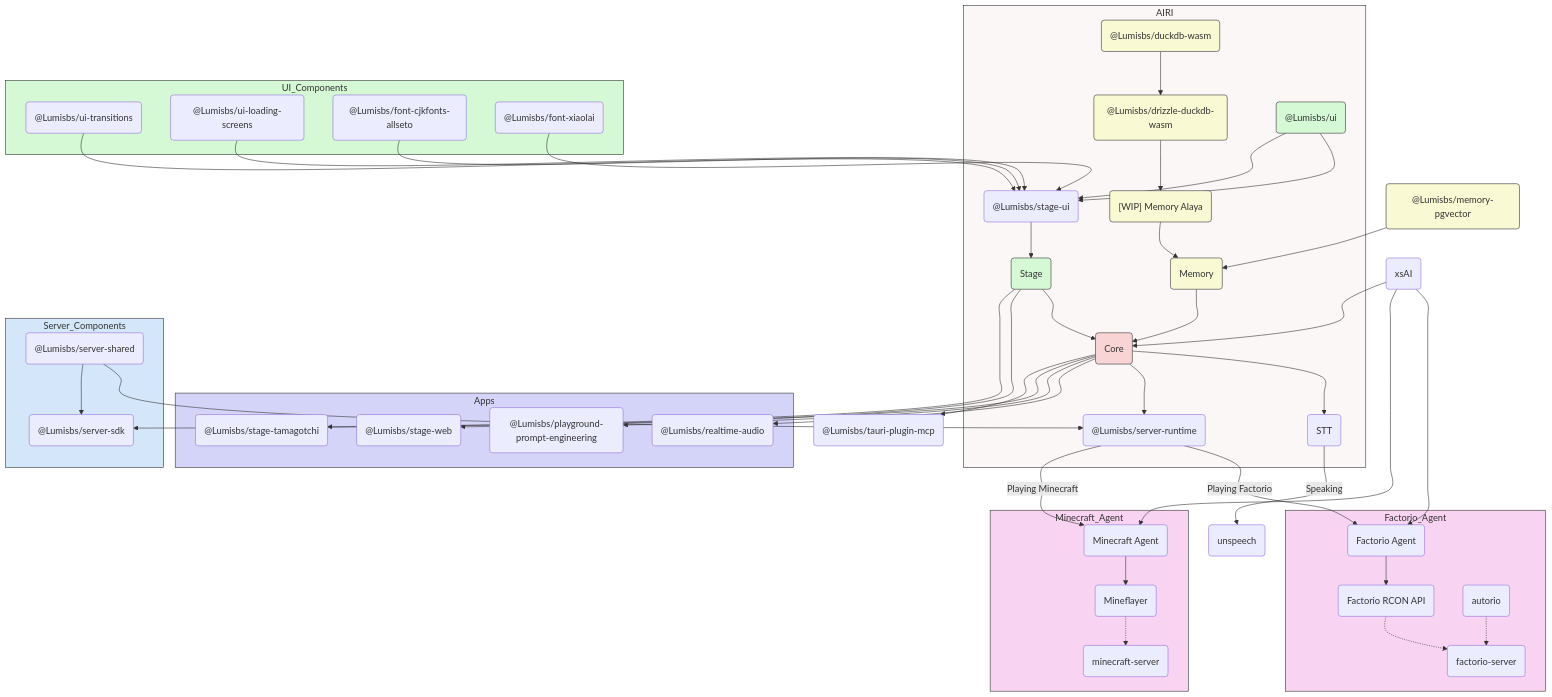
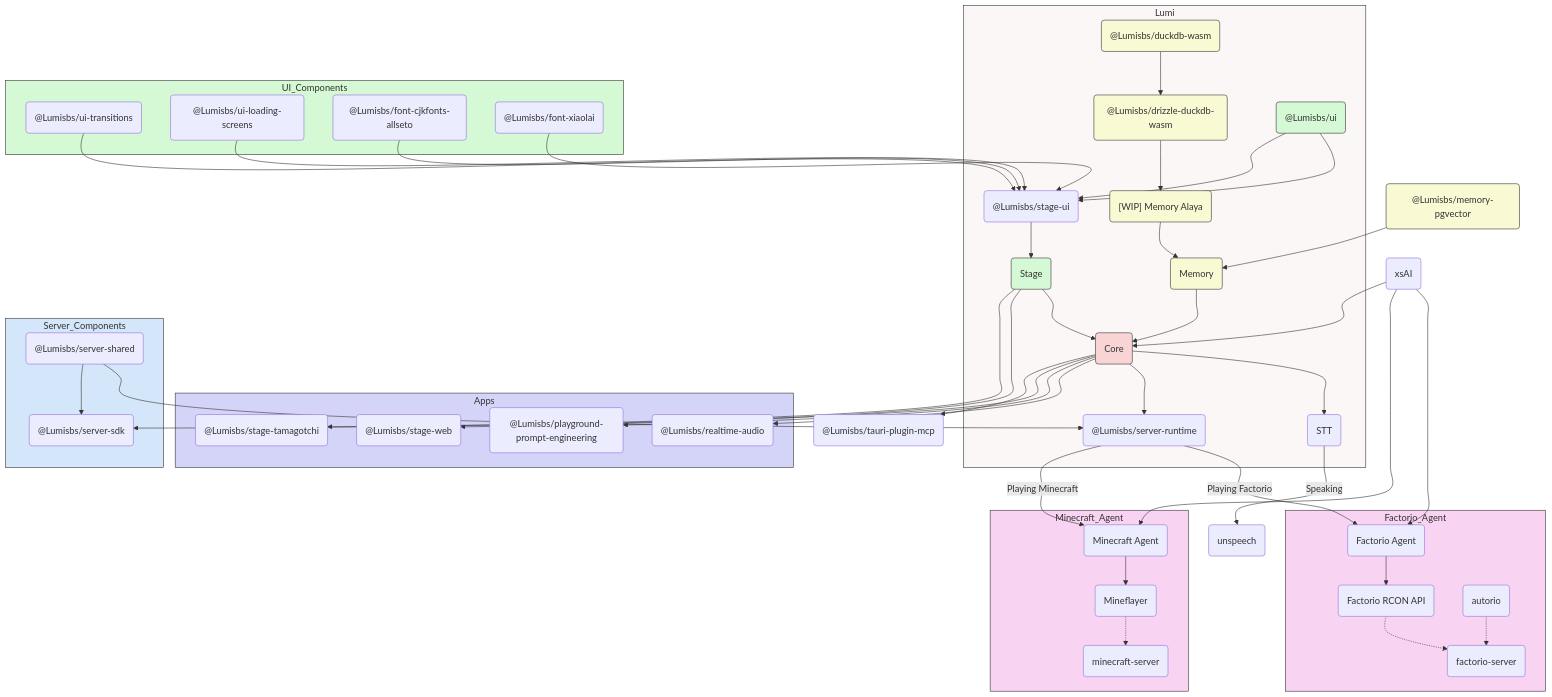
The diagram in README.md (Lumisbs/Lumi), drawn with Mermaid before and after one commit. The commit also changed other lines of this file, not shown here.

```diff
--- a/README.md
+++ b/README.md
@@ -210,7 +210,7 @@
   StageUI("@Lumisbs/stage-ui")
   UI("@Lumisbs/ui")
 
-  subgraph AIRI
+  subgraph Lumi
     DB1 --> DBDriver --> MemoryDriver --> Memory --> Core
     UI --> StageUI --> Stage --> Core
     Core --> STT
@@ -268,7 +268,7 @@
   Memory_PGVector("@Lumisbs/memory-pgvector") --> Memory
 
   style Core fill:#f9d4d4,stroke:#333,stroke-width:1px
-  style AIRI fill:#fcf7f7,stroke:#333,stroke-width:1px
+  style Lumi fill:#fcf7f7,stroke:#333,stroke-width:1px
   style UI fill:#d4f9d4,stroke:#333,stroke-width:1px
   style Stage fill:#d4f9d4,stroke:#333,stroke-width:1px
   style UI_Components fill:#d4f9d4,stroke:#333,stroke-width:1px
```
